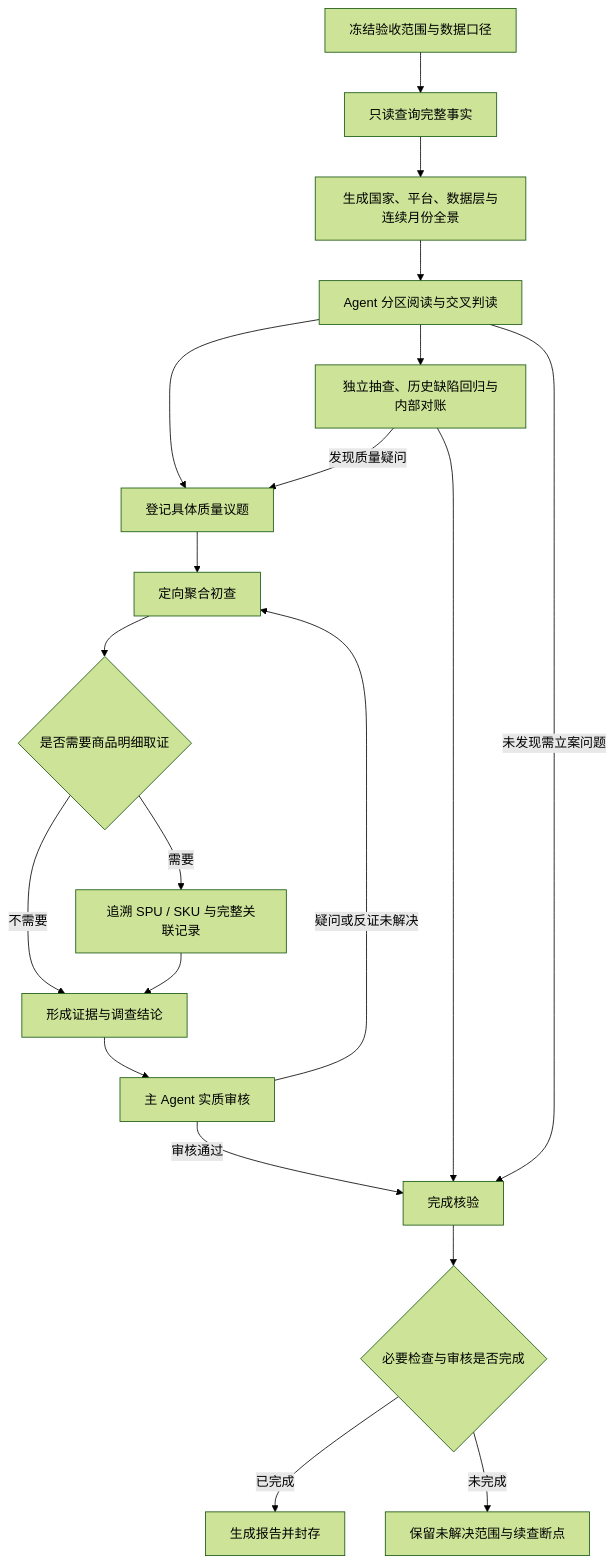
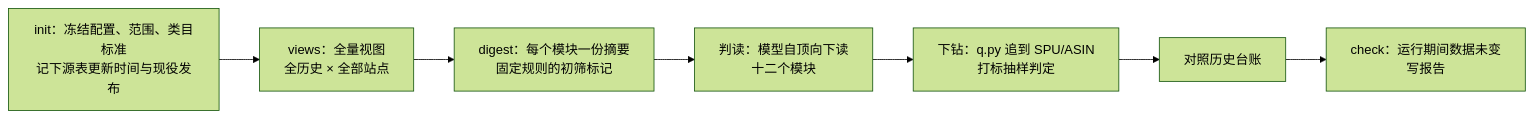
The diagram in README.md (ccchenhuohuo/monthly-acceptance), drawn with Mermaid (forest theme) before and after one commit. The commit also changed other lines of this file and 127 other files, not shown here.

````diff
--- a/README.md
+++ b/README.md
@@ -11,22 +9,9 @@
 ```mermaid
-flowchart TD
-    A[冻结验收范围与数据口径] --> B[只读查询完整事实]
-    B --> C[生成国家、平台、数据层与连续月份全景]
-    C --> D[Agent 分区阅读与交叉判读]
-    D --> E[登记具体质量议题]
-    E --> F[定向聚合初查]
-    F --> G{是否需要商品明细取证}
-    G -->|需要| H[追溯 SPU / SKU 与完整关联记录]
-    G -->|不需要| I[形成证据与调查结论]
-    H --> I
-    I --> J[主 Agent 实质审核]
-    J -->|疑问或反证未解决| F
-    J -->|审核通过| K[完成核验]
-    D --> L[独立抽查、历史缺陷回归与内部对账]
-    L -->|发现质量疑问| E
-    L --> K
-    D -->|未发现需立案问题| K
-    K --> M{必要检查与审核是否完成}
-    M -->|已完成| N[生成报告并封存]
-    M -->|未完成| O[保留未解决范围与续查断点]
+flowchart LR
+    A[init：冻结配置、范围、类目标准<br/>记下源表更新时间与现役发布] --> B[views：全量视图<br/>全历史 × 全部站点]
+    B --> C[digest：每个模块一份摘要<br/>固定规则的初筛标记]
+    C --> D[判读：模型自顶向下读<br/>十二个模块]
+    D --> E[下钻：q.py 追到 SPU/ASIN<br/>打标抽样判定]
+    E --> F[对照历史台账]
+    F --> G[check：运行期间数据未变<br/>写报告]
 ```
````
